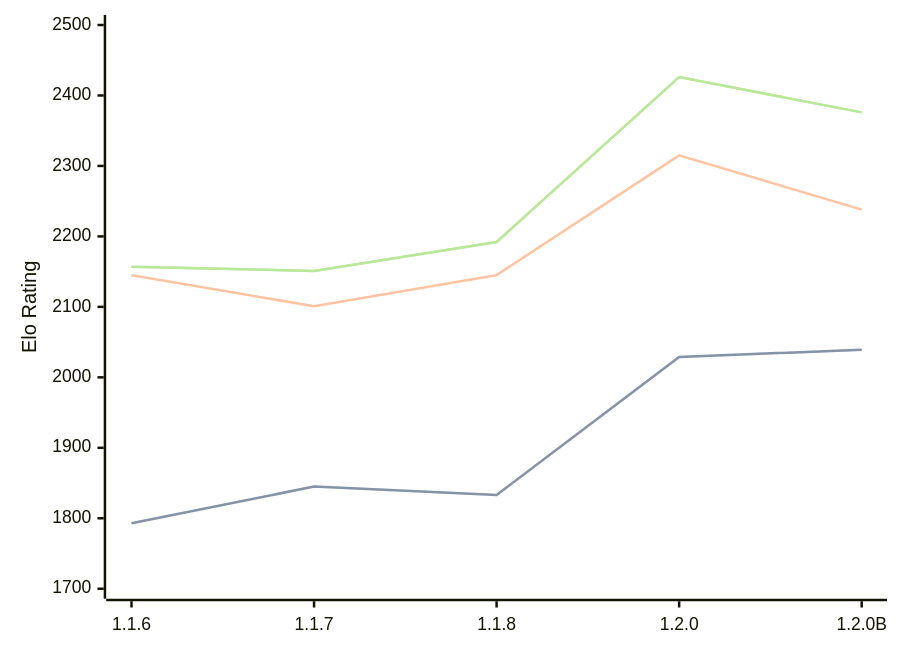
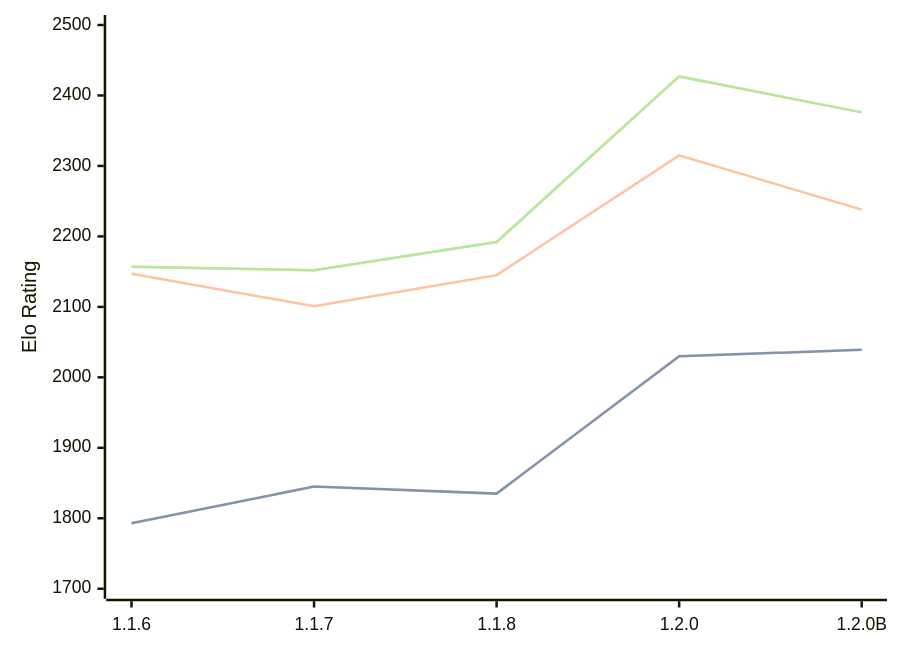
One commit to computer-chess-index/cci changed the diagram in engines/Soomi.md. Above: the diagram before and after it, drawn with Mermaid. The commit also changed other lines of this file, not shown here.

Commit message:
Update CCI Ratings (ELO VLTC) - 2026-08-27

````diff
--- a/engines/Soomi.md
+++ b/engines/Soomi.md
@@ -35,11 +35,11 @@
 ```mermaid
 %%{init: {"theme":"base","themeVariables":{"seriesColors:['#a3a3a3','#222221','#faa371']}}}%%
 xychart-beta
   x-axis ["1.1.6", "1.1.7", "1.1.8", "1.2.0", "1.2.0B"]
   y-axis "Elo Rating" 1700 --> 2500
-  line "STC (8.0+0.08s)" [1793, 1845, 1833, 2029, 2039]
-  line "STC (8.0+0.08s)" [1793, 1845, 1833, 2029, 2039]
-  line "LTC (60.0+0.60s)" [2145, 2101, 2145, 2315, 2238]
-  line "VLTC (2m24s+1.12s)" [2157, 2151, 2192, 2426, 2376]
-  line "VLTC (2m24s+1.12s)" [2157, 2151, 2192, 2426, 2376]
+  line "STC (8.0+0.08s)" [1793, 1845, 1835, 2030, 2039]
+  line "STC (8.0+0.08s)" [1793, 1845, 1835, 2030, 2039]
+  line "LTC (60.0+0.60s)" [2147, 2101, 2145, 2315, 2238]
+  line "VLTC (2m24s+1.12s)" [2157, 2152, 2192, 2427, 2376]
+  line "VLTC (2m24s+1.12s)" [2157, 2152, 2192, 2427, 2376]
 ```
````
